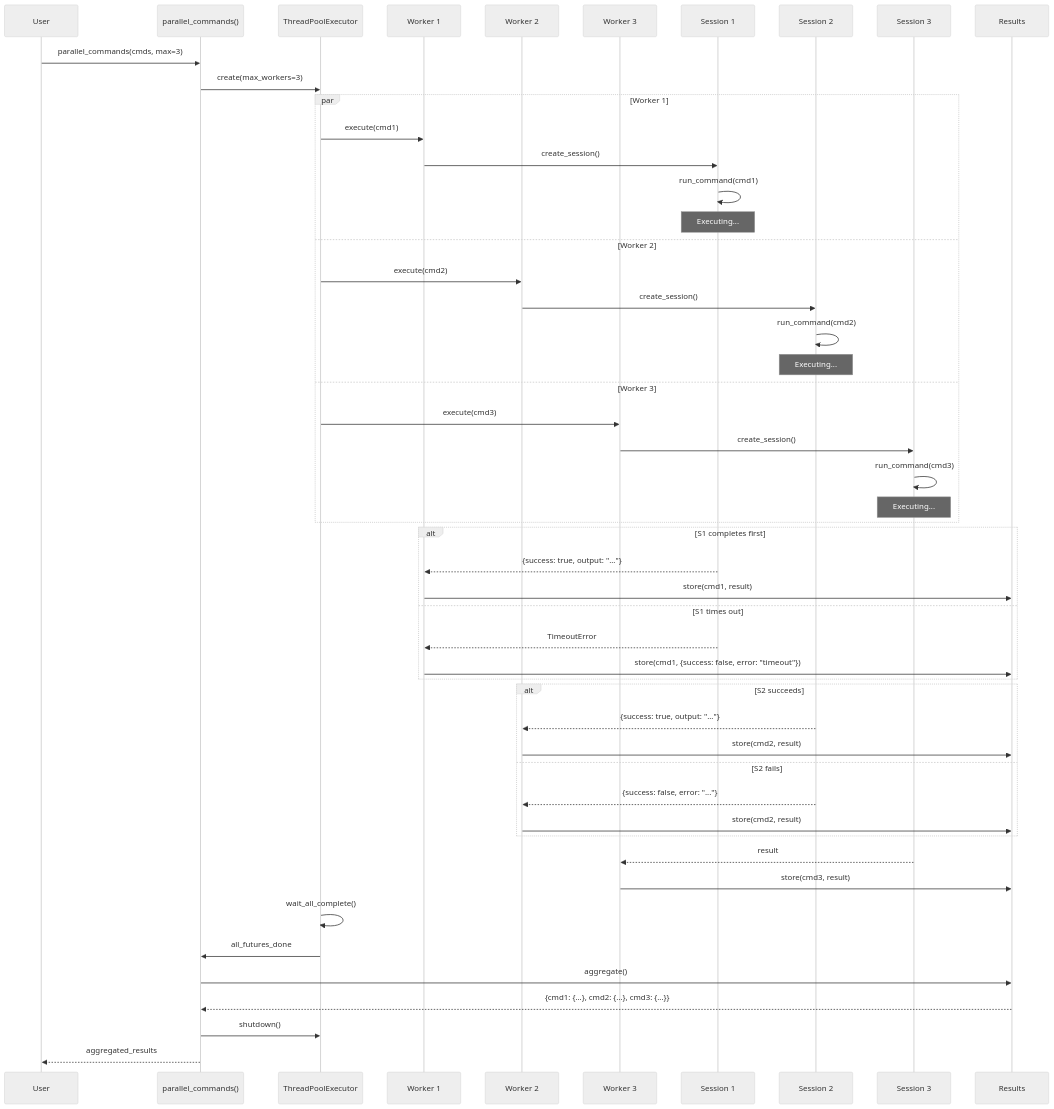
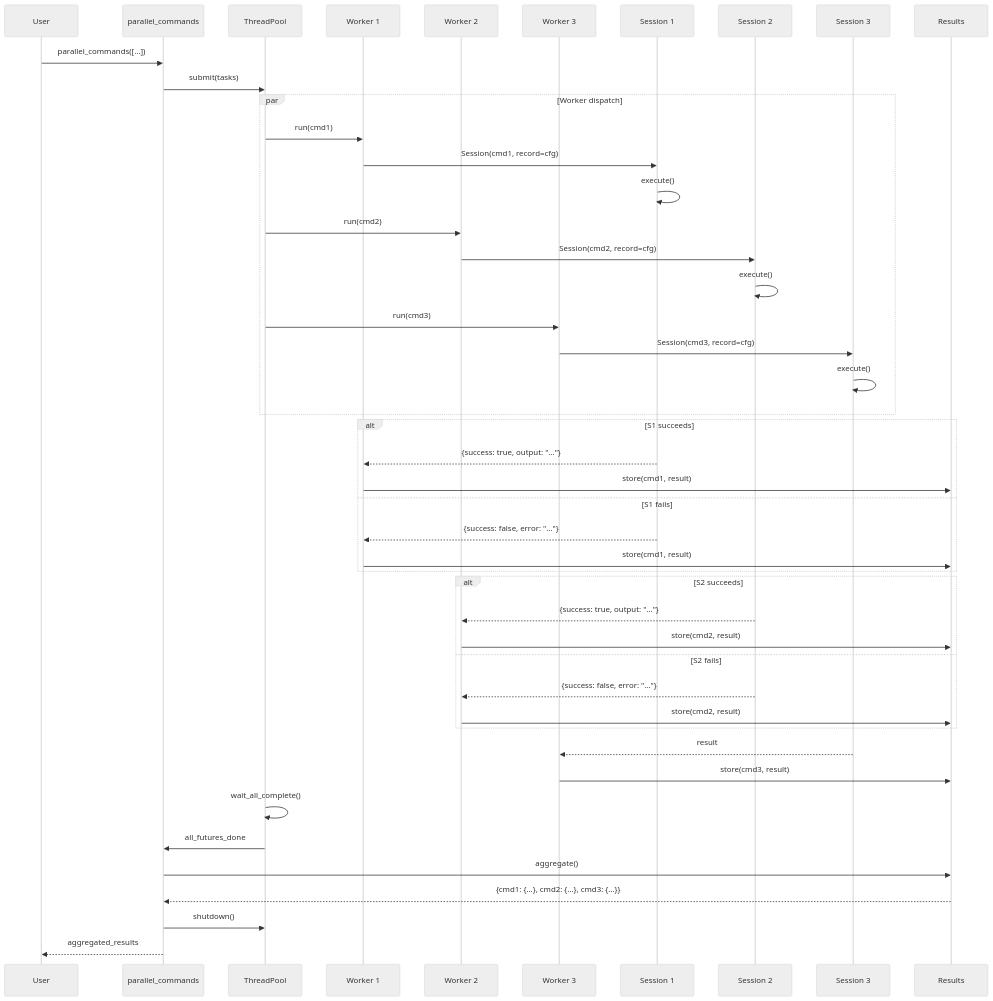
Diagram 11 of 12 in sequence_diagrams.md (jimmc414/claude_control), drawn with Mermaid (neutral theme) before and after one commit. The commit also changed other lines of this file, not shown here.

Commit message:
Update sequence diagrams for record and replay

````diff
--- a/sequence_diagrams.md
+++ b/sequence_diagrams.md
@@ -442,61 +667,58 @@
 ```mermaid
 sequenceDiagram
     participant User
-    participant Parallel as parallel_commands()
-    participant Pool as ThreadPoolExecutor
+    participant Parallel as parallel_commands
+    participant Pool as ThreadPool
     participant W1 as Worker 1
     participant W2 as Worker 2
     participant W3 as Worker 3
     participant S1 as Session 1
     participant S2 as Session 2
     participant S3 as Session 3
     participant Results
 
-    User->>Parallel: parallel_commands(cmds, max=3)
-    Parallel->>Pool: create(max_workers=3)
-    
-    par Worker 1
-        Pool->>W1: execute(cmd1)
-        W1->>S1: create_session()
-        S1->>S1: run_command(cmd1)
-        Note over S1: Executing...
-    and Worker 2
-        Pool->>W2: execute(cmd2)
-        W2->>S2: create_session()
-        S2->>S2: run_command(cmd2)
-        Note over S2: Executing...
-    and Worker 3
-        Pool->>W3: execute(cmd3)
-        W3->>S3: create_session()
-        S3->>S3: run_command(cmd3)
-        Note over S3: Executing...
+    User->>Parallel: parallel_commands([...])
+    Parallel->>Pool: submit(tasks)
+
+    par Worker dispatch
+        Pool->>W1: run(cmd1)
+        W1->>S1: Session(cmd1, record=cfg)
+        S1->>S1: execute()
+
+        Pool->>W2: run(cmd2)
+        W2->>S2: Session(cmd2, record=cfg)
+        S2->>S2: execute()
+
+        Pool->>W3: run(cmd3)
+        W3->>S3: Session(cmd3, record=cfg)
+        S3->>S3: execute()
     end
 
-    alt S1 completes first
+    alt S1 succeeds
         S1-->>W1: {success: true, output: "..."}
         W1->>Results: store(cmd1, result)
-    else S1 times out
-        S1-->>W1: TimeoutError
-        W1->>Results: store(cmd1, {success: false, error: "timeout"})
+    else S1 fails
+        S1-->>W1: {success: false, error: "..."}
+        W1->>Results: store(cmd1, result)
     end
 
     alt S2 succeeds
         S2-->>W2: {success: true, output: "..."}
         W2->>Results: store(cmd2, result)
     else S2 fails
         S2-->>W2: {success: false, error: "..."}
         W2->>Results: store(cmd2, result)
     end
 
     S3-->>W3: result
     W3->>Results: store(cmd3, result)
 
     Pool->>Pool: wait_all_complete()
     Pool->>Parallel: all_futures_done
-    
+
     Parallel->>Results: aggregate()
     Results-->>Parallel: {cmd1: {...}, cmd2: {...}, cmd3: {...}}
-    
+
     Parallel->>Pool: shutdown()
     Parallel-->>User: aggregated_results
 ```
````
